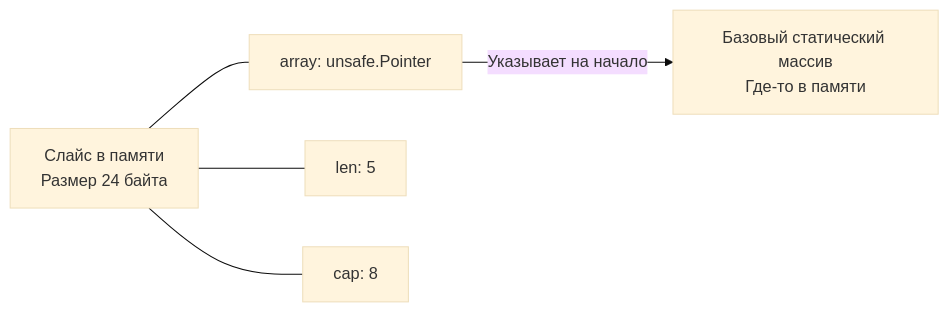
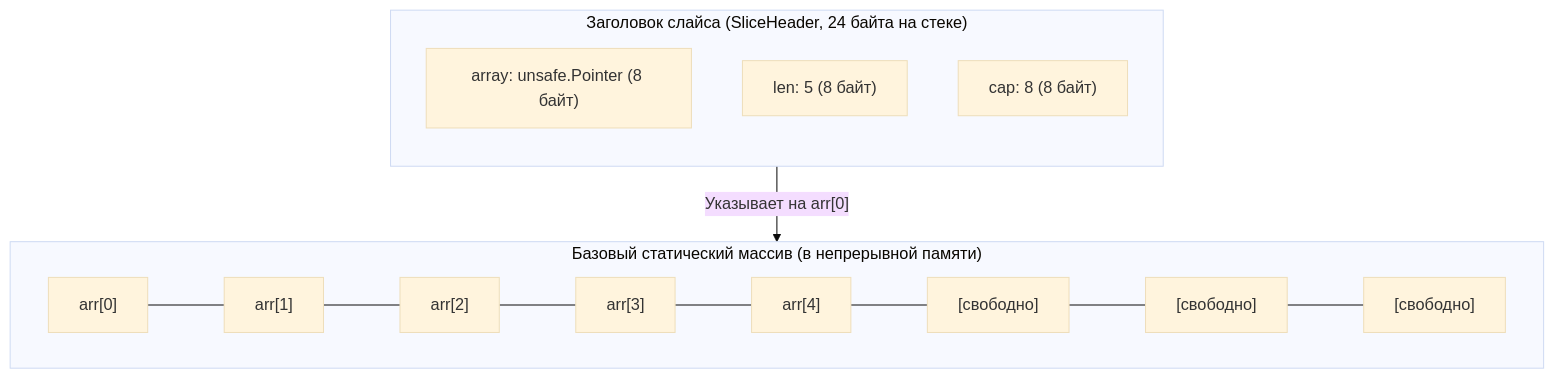
Before and after one commit to UnrealTemplier/go-textbook: the first of 4 diagrams in sources/20. Алгоритмы и структуры данных (DSA) на Go/02. Базовые структуры данных/2. Слайсы в Go как структура данных.md, drawn with Mermaid (base theme). The commit also changed other lines of this file, not shown here.

````diff
--- a/sources/20. Алгоритмы и структуры данных (DSA) на Go/02. Базовые структуры данных/2. Слайсы в Go как структура данных.md
+++ b/sources/20. Алгоритмы и структуры данных (DSA) на Go/02. Базовые структуры данных/2. Слайсы в Go как структура данных.md
@@ -25,11 +26,16 @@
 ```mermaid
-flowchart LR
-    Header["Слайс в памяти<br>Размер 24 байта"]
-    Header --- Ptr["array: unsafe.Pointer"]
-    Header --- Len["len: 5"]
-    Header --- Cap["cap: 8"]
-    
-    Array["Базовый статический массив<br>Где-то в памяти"]
-    
-    Ptr -->|"Указывает на начало"| Array
+flowchart TD
+    subgraph SliceDescriptor["Заголовок слайса (SliceHeader, 24 байта на стеке)"]
+        direction TB
+        ptr["array: unsafe.Pointer (8 байт)"]
+        len["len: 5 (8 байт)"]
+        cap["cap: 8 (8 байт)"]
+    end
+
+    subgraph BackingArray["Базовый статический массив (в непрерывной памяти)"]
+        direction LR
+        b0["arr[0]"] --- b1["arr[1]"] --- b2["arr[2]"] --- b3["arr[3]"] --- b4["arr[4]"] --- free5["[свободно]"] --- free6["[свободно]"] --- free7["[свободно]"]
+    end
+
+    ptr -->|"Указывает на arr[0]"| b0
 ```
````
